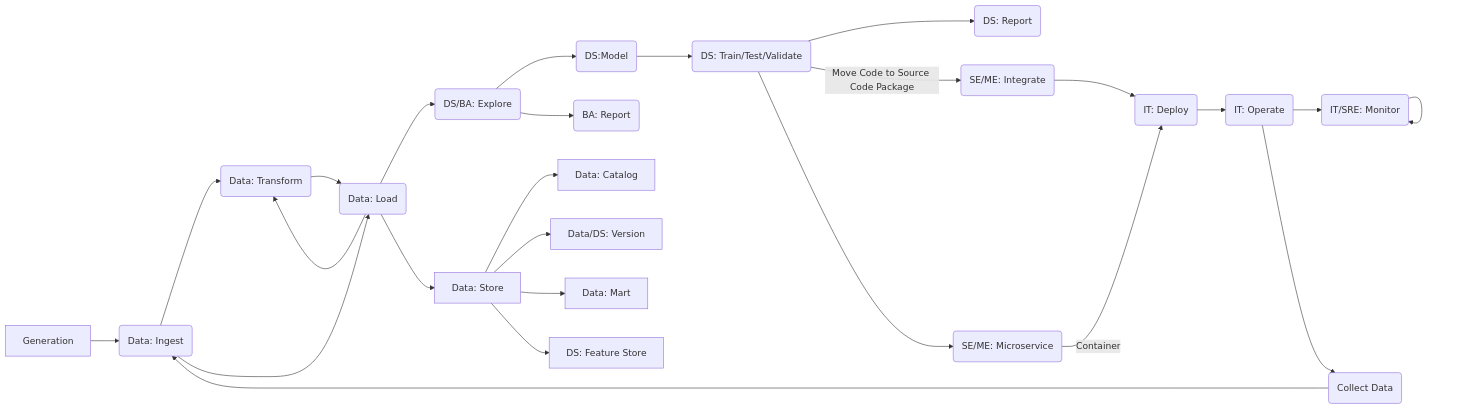
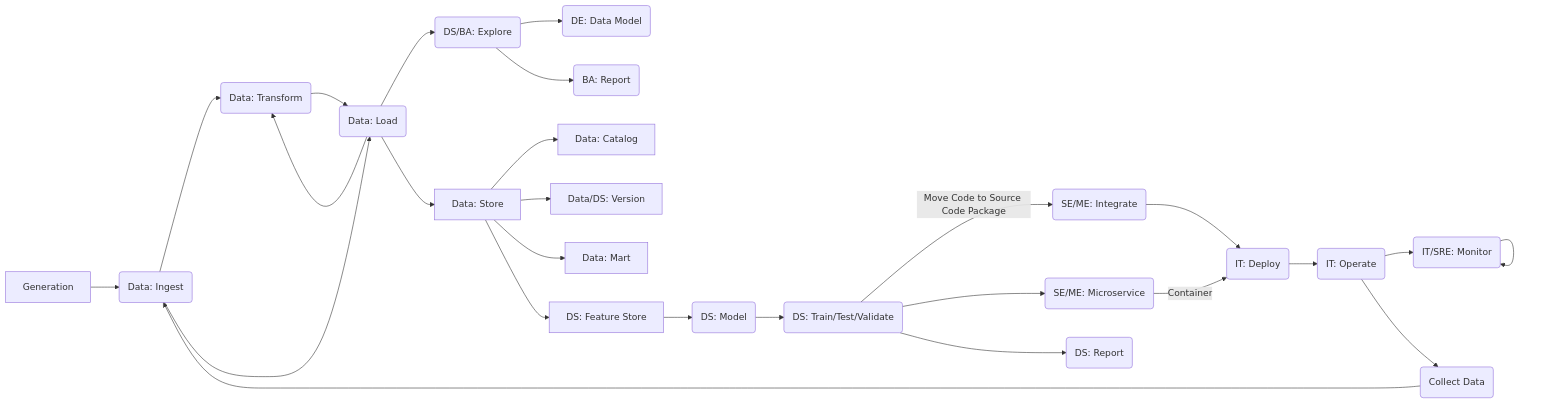
The diagram in docs/docs/index.md (mraarone/dsbaseline), drawn with Mermaid before and after one commit.

````diff
--- a/docs/docs/index.md
+++ b/docs/docs/index.md
@@ -118,16 +118,16 @@
 ```mermaid
 flowchart LR
-    A[Generation] --> B(Data: Ingest) --> C(Data: Transform) --> D(Data: Load) --> E(DS/BA: Explore) --> G(DS:Model)
-    G --> H(DS: Train/Test/Validate) --> I(DS: Report)
+    A[Generation] --> B(Data: Ingest) --> C(Data: Transform) --> D(Data: Load) --> E(DS/BA: Explore) --> G(DE: Data Model)
     H -->|Move Code to Source Code Package| O(SE/ME: Integrate) --> Q(IT: Deploy) --> R(IT: Operate) --> S(IT/SRE: Monitor) --> S
     H --> P(SE/ME: Microservice) -->|Container| Q
     R --> U(Collect Data) --> B
     E --> T(BA: Report)
     B --> D
     D --> C
     D --> J[Data: Store]
     J --> K[Data: Catalog]
     J --> L[Data/DS: Version]
     J --> M[Data: Mart]
     J --> N[DS: Feature Store]
+    N --> V(DS: Model) --> H(DS: Train/Test/Validate) --> I(DS: Report)
 ```
````
